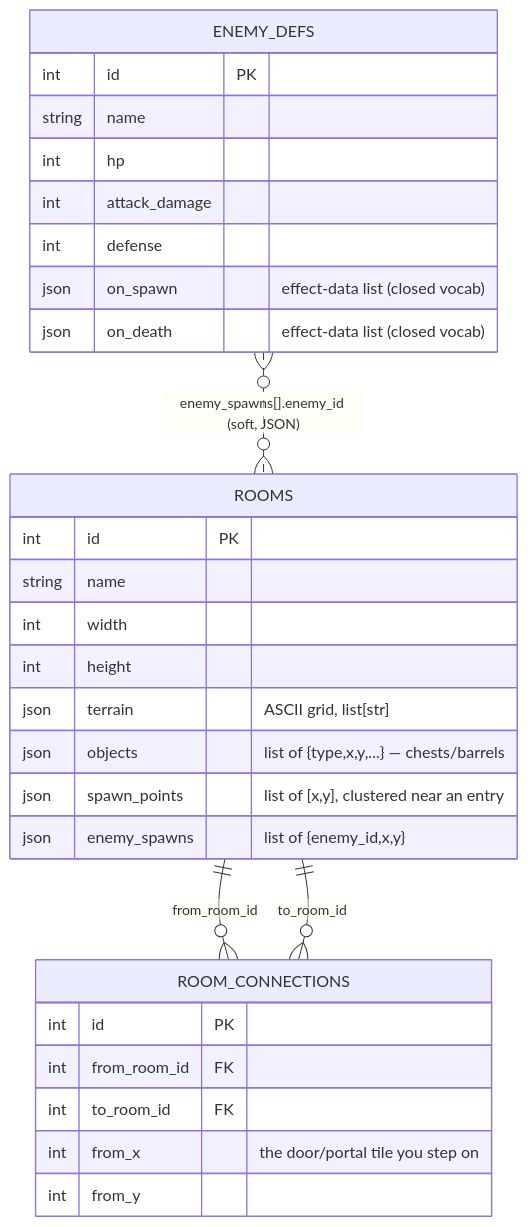
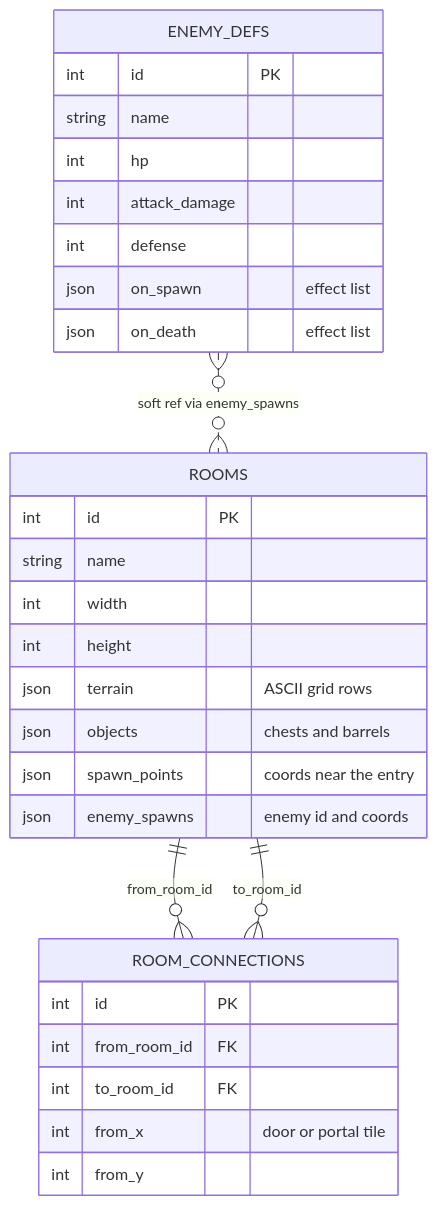
The first of 2 diagrams in DB_SCHEMA.md (GoldenWind8/roguelike-mvp), drawn with Mermaid before and after one commit. The commit also changed other lines of this file, not shown here.

Commit message:
docs: fix DB_SCHEMA.md mermaid render
GitHub's mermaid parser rejected the ER diagrams ("svg element not in
render tree") because the quoted attribute comments / relationship labels
contained brackets, braces, commas, parens, a pipe and an em-dash. Replace
them with plain-word comments; diagram structure is unchanged.

````diff
--- a/DB_SCHEMA.md
+++ b/DB_SCHEMA.md
@@ -20,33 +20,33 @@
 ```mermaid
 erDiagram
     ROOMS ||--o{ ROOM_CONNECTIONS : "from_room_id"
     ROOMS ||--o{ ROOM_CONNECTIONS : "to_room_id"
-    ENEMY_DEFS }o..o{ ROOMS : "enemy_spawns[].enemy_id (soft, JSON)"
+    ENEMY_DEFS }o..o{ ROOMS : "soft ref via enemy_spawns"
 
     ROOMS {
         int id PK
         string name
         int width
         int height
-        json terrain "ASCII grid, list[str]"
-        json objects "list of {type,x,y,...} — chests/barrels"
-        json spawn_points "list of [x,y], clustered near an entry"
-        json enemy_spawns "list of {enemy_id,x,y}"
+        json terrain "ASCII grid rows"
+        json objects "chests and barrels"
+        json spawn_points "coords near the entry"
+        json enemy_spawns "enemy id and coords"
     }
     ROOM_CONNECTIONS {
         int id PK
         int from_room_id FK
         int to_room_id FK
-        int from_x "the door/portal tile you step on"
+        int from_x "door or portal tile"
         int from_y
     }
     ENEMY_DEFS {
         int id PK
         string name
         int hp
         int attack_damage
         int defense
-        json on_spawn "effect-data list (closed vocab)"
-        json on_death "effect-data list (closed vocab)"
+        json on_spawn "effect list"
+        json on_death "effect list"
     }
 ```
````
